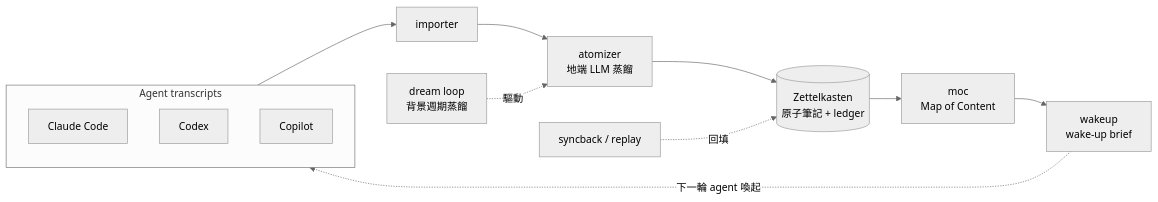
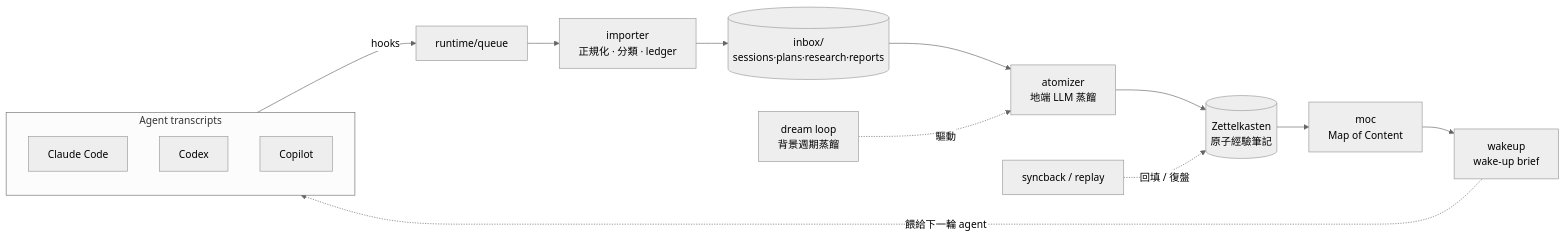
The second of 2 diagrams in README.md (hamanpaul/paulshaclaw), drawn with Mermaid (neutral theme) before and after one commit. The commit also changed other lines of this file and 2 other files, not shown here.

````diff
--- a/README.md
+++ b/README.md
@@ -38,16 +51,18 @@
 ```mermaid
 flowchart LR
-    subgraph Sources[Agent transcripts]
+    subgraph src[Agent transcripts]
         A[Claude Code]
         B[Codex]
         C[Copilot]
     end
-    Sources --> IMP[importer]
-    IMP --> ATOM[atomizer<br/>地端 LLM 蒸餾]
-    ATOM --> ZK[(Zettelkasten<br/>原子筆記 + ledger)]
-    ZK --> MOC[moc<br/>Map of Content]
-    MOC --> WAKE[wakeup<br/>wake-up brief]
-    WAKE -.下一輪 agent 喚起.-> Sources
-    DREAM[dream loop<br/>背景週期蒸餾] -.驅動.-> ATOM
-    SYNC[syncback / replay] -.回填.-> ZK
+    src -->|hooks| Q["runtime/queue"]
+    Q --> IMP["importer<br/>正規化 · 分類 · ledger"]
+    IMP --> INBOX[("inbox/<br/>sessions·plans·research·reports")]
+    INBOX --> ATOM["atomizer<br/>地端 LLM 蒸餾"]
+    ATOM --> ZK[("Zettelkasten<br/>原子經驗筆記")]
+    ZK --> MOC["moc<br/>Map of Content"]
+    MOC --> WAKE["wakeup<br/>wake-up brief"]
+    WAKE -.餵給下一輪 agent.-> src
+    DREAM["dream loop<br/>背景週期蒸餾"] -.驅動.-> ATOM
+    SYNC["syncback / replay"] -.回填 / 復盤.-> ZK
 ```
````
